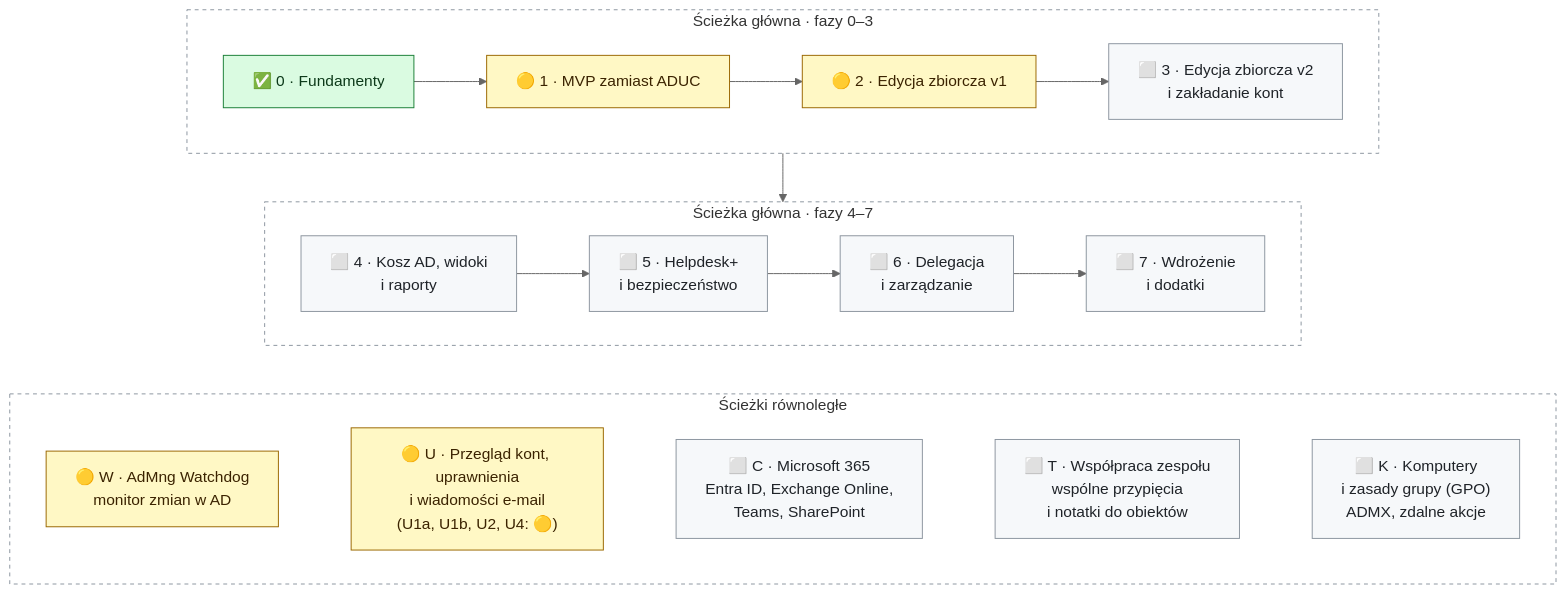
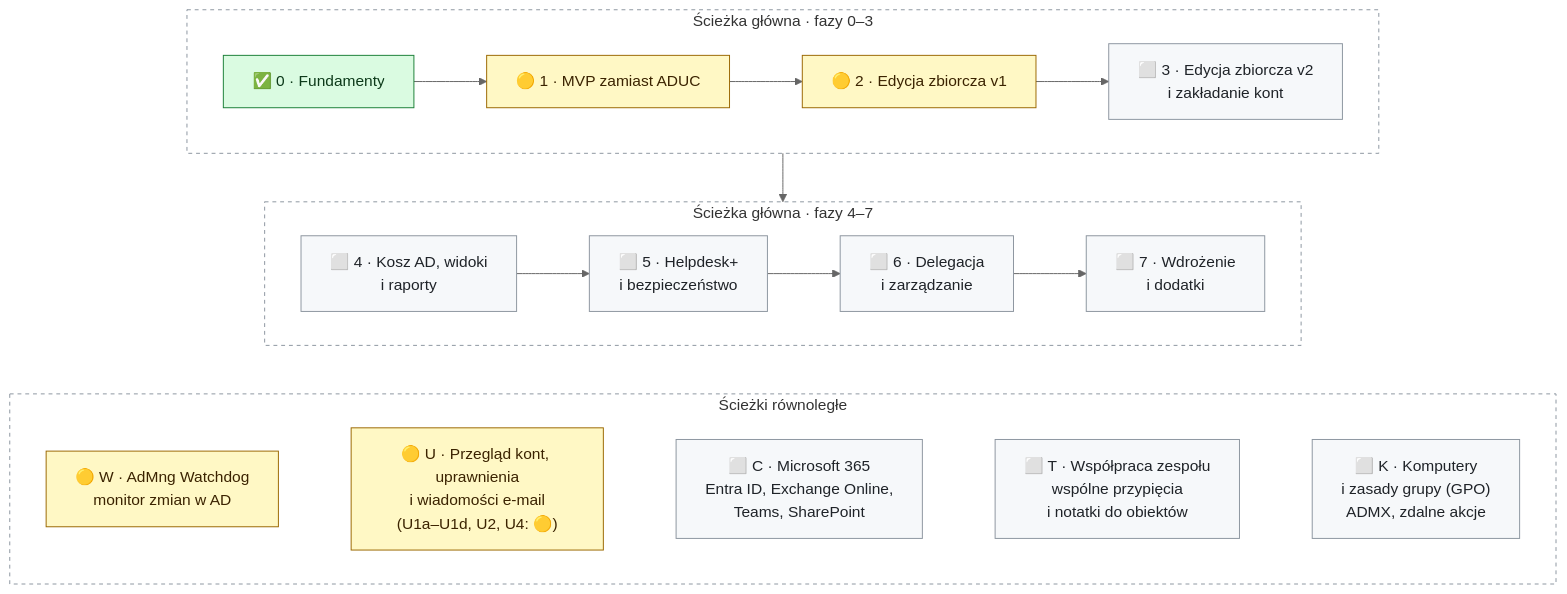
Before and after one commit to DarienRahl/AD_MNG: the diagram in README.md, drawn with Mermaid (neutral theme). The commit also changed other lines of this file and 2 other files, not shown here.

````diff
--- a/README.md
+++ b/README.md
@@ -177,26 +177,26 @@
 ```mermaid
 flowchart TB
     subgraph A["Ścieżka główna · fazy 0–3"]
         direction LR
         F0["✅ 0 · Fundamenty"] --> F1["🟡 1 · MVP zamiast ADUC"] --> F2["🟡 2 · Edycja zbiorcza v1"] --> F3["⬜ 3 · Edycja zbiorcza v2<br/>i zakładanie kont"]
     end
     subgraph B["Ścieżka główna · fazy 4–7"]
         direction LR
         F4["⬜ 4 · Kosz AD, widoki<br/>i raporty"] --> F5["⬜ 5 · Helpdesk+<br/>i bezpieczeństwo"] --> F6["⬜ 6 · Delegacja<br/>i zarządzanie"] --> F7["⬜ 7 · Wdrożenie<br/>i dodatki"]
     end
     subgraph C["Ścieżki równoległe"]
         direction LR
-        W["🟡 W · AdMng Watchdog<br/>monitor zmian w AD"] ~~~ U["🟡 U · Przegląd kont, uprawnienia<br/>i wiadomości e-mail<br/>(U1a, U1b, U2, U4: 🟡)"] ~~~ M365["⬜ C · Microsoft 365<br/>Entra ID, Exchange Online,<br/>Teams, SharePoint"] ~~~ TEAM["⬜ T · Współpraca zespołu<br/>wspólne przypięcia<br/>i notatki do obiektów"] ~~~ K["⬜ K · Komputery<br/>i zasady grupy (GPO)<br/>ADMX, zdalne akcje"]
+        W["🟡 W · AdMng Watchdog<br/>monitor zmian w AD"] ~~~ U["🟡 U · Przegląd kont, uprawnienia<br/>i wiadomości e-mail<br/>(U1a–U1d, U2, U4: 🟡)"] ~~~ M365["⬜ C · Microsoft 365<br/>Entra ID, Exchange Online,<br/>Teams, SharePoint"] ~~~ TEAM["⬜ T · Współpraca zespołu<br/>wspólne przypięcia<br/>i notatki do obiektów"] ~~~ K["⬜ K · Komputery<br/>i zasady grupy (GPO)<br/>ADMX, zdalne akcje"]
     end
     A --> B
     B ~~~ C
     classDef done fill:#dafbe1,stroke:#1a7f37,color:#0d3a1a
     classDef wip fill:#fff8c5,stroke:#9a6700,color:#3b2300
     classDef todo fill:#f6f8fa,stroke:#8c959f,color:#1f2328
     class F0 done
     class F1,F2,W,U wip
     class F3,F4,F5,F6,F7,M365,TEAM,K todo
     style A fill:transparent,stroke:#8c959f,stroke-dasharray:4 4
     style B fill:transparent,stroke:#8c959f,stroke-dasharray:4 4
     style C fill:transparent,stroke:#8c959f,stroke-dasharray:4 4
 ```
````
